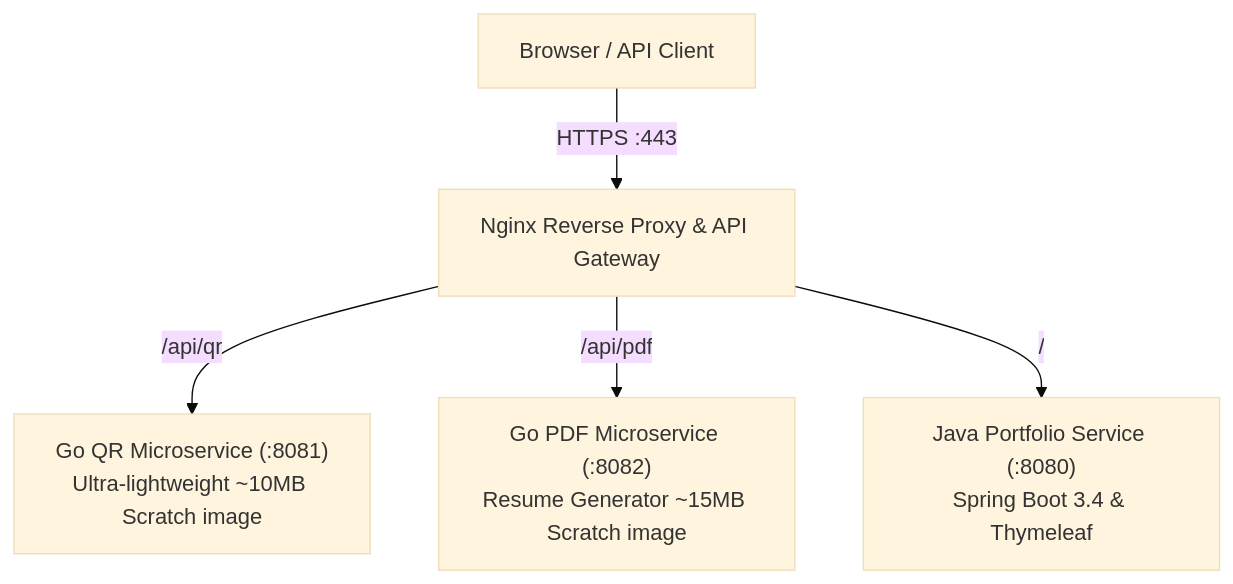
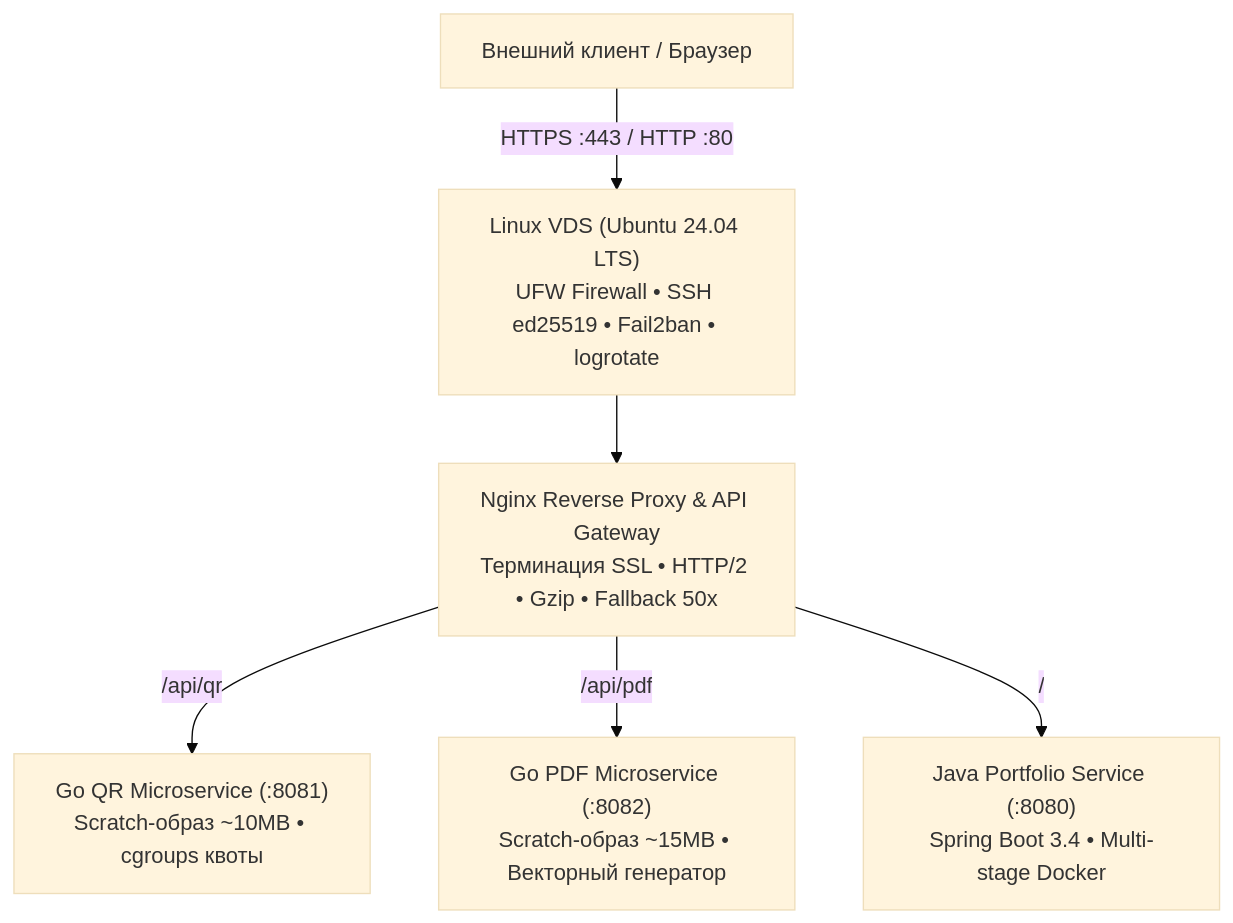
Before and after one commit to AndreyJVM/portfolio-service: the first of 2 diagrams in README.md, drawn with Mermaid (base theme). The commit also changed other lines of this file, not shown here.

Commit message:
docs: align README.md with DevOps and Linux infrastructure engineer profile

````diff
--- a/README.md
+++ b/README.md
@@ -36,7 +31,8 @@
 ```mermaid
 flowchart TD
-    Client["Browser / API Client"] -->|HTTPS :443| Nginx["Nginx Reverse Proxy & API Gateway"]
-    Nginx -->|/api/qr| GoQR["Go QR Microservice (:8081)<br/>Ultra-lightweight ~10MB Scratch image"]
-    Nginx -->|/api/pdf| GoPDF["Go PDF Microservice (:8082)<br/>Resume Generator ~15MB Scratch image"]
-    Nginx -->|/| JavaApp["Java Portfolio Service (:8080)<br/>Spring Boot 3.4 & Thymeleaf"]
+    Client["Внешний клиент / Браузер"] -->|HTTPS :443 / HTTP :80| Host["Linux VDS (Ubuntu 24.04 LTS)<br/>UFW Firewall • SSH ed25519 • Fail2ban • logrotate"]
+    Host --> Nginx["Nginx Reverse Proxy & API Gateway<br/>Терминация SSL • HTTP/2 • Gzip • Fallback 50x"]
+    Nginx -->|/api/qr| GoQR["Go QR Microservice (:8081)<br/>Scratch-образ ~10MB • cgroups квоты"]
+    Nginx -->|/api/pdf| GoPDF["Go PDF Microservice (:8082)<br/>Scratch-образ ~15MB • Векторный генератор"]
+    Nginx -->|/| JavaApp["Java Portfolio Service (:8080)<br/>Spring Boot 3.4 • Multi-stage Docker"]
 ```
````
